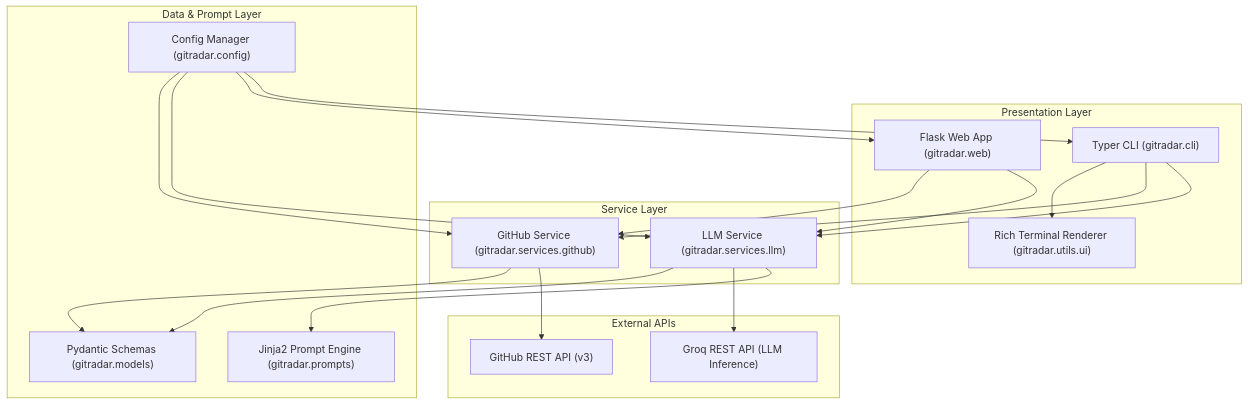
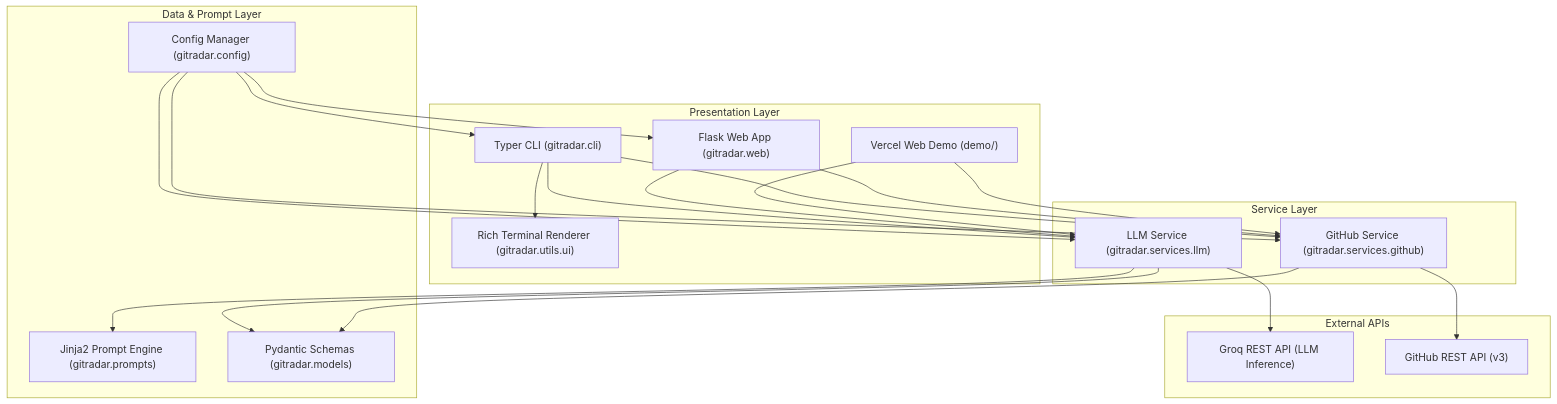
One commit to AtaCanYmc/GitRadar changed the first of 2 diagrams in ARCHITECTURE.md. Above: the diagram before and after it, drawn with Mermaid. The commit also changed other lines of this file and 18 other files, not shown here.

Commit message:
feat: add Vercel deployment configuration and enhance web demo with language selection and report export features

````diff
--- a/ARCHITECTURE.md
+++ b/ARCHITECTURE.md
@@ -11,43 +11,47 @@
 ```mermaid
 graph TD
     subgraph PresentationLayer["Presentation Layer"]
         CLI["Typer CLI (gitradar.cli)"]
         WebUI["Flask Web App (gitradar.web)"]
+        VercelDemo["Vercel Web Demo (demo/)"]
         RichUI["Rich Terminal Renderer (gitradar.utils.ui)"]
     end
 
     subgraph ServiceLayer["Service Layer"]
         LLM["LLM Service (gitradar.services.llm)"]
         GH["GitHub Service (gitradar.services.github)"]
     end
 
     subgraph DataLayer["Data & Prompt Layer"]
         Prompts["Jinja2 Prompt Engine (gitradar.prompts)"]
         Models["Pydantic Schemas (gitradar.models)"]
         Config["Config Manager (gitradar.config)"]
     end
 
     subgraph ExternalAPIs["External APIs"]
         GroqAPI["Groq REST API (LLM Inference)"]
         GitHubAPI["GitHub REST API (v3)"]
     end
 
     CLI --> LLM
     CLI --> GH
     CLI --> RichUI
     
     WebUI --> LLM
     WebUI --> GH
 
+    VercelDemo --> LLM
+    VercelDemo --> GH
+
     LLM --> Prompts
     LLM --> GroqAPI
     LLM --> Models
 
     GH --> GitHubAPI
     GH --> Models
 
     Config --> CLI
     Config --> WebUI
     Config --> LLM
     Config --> GH
 ```
````
